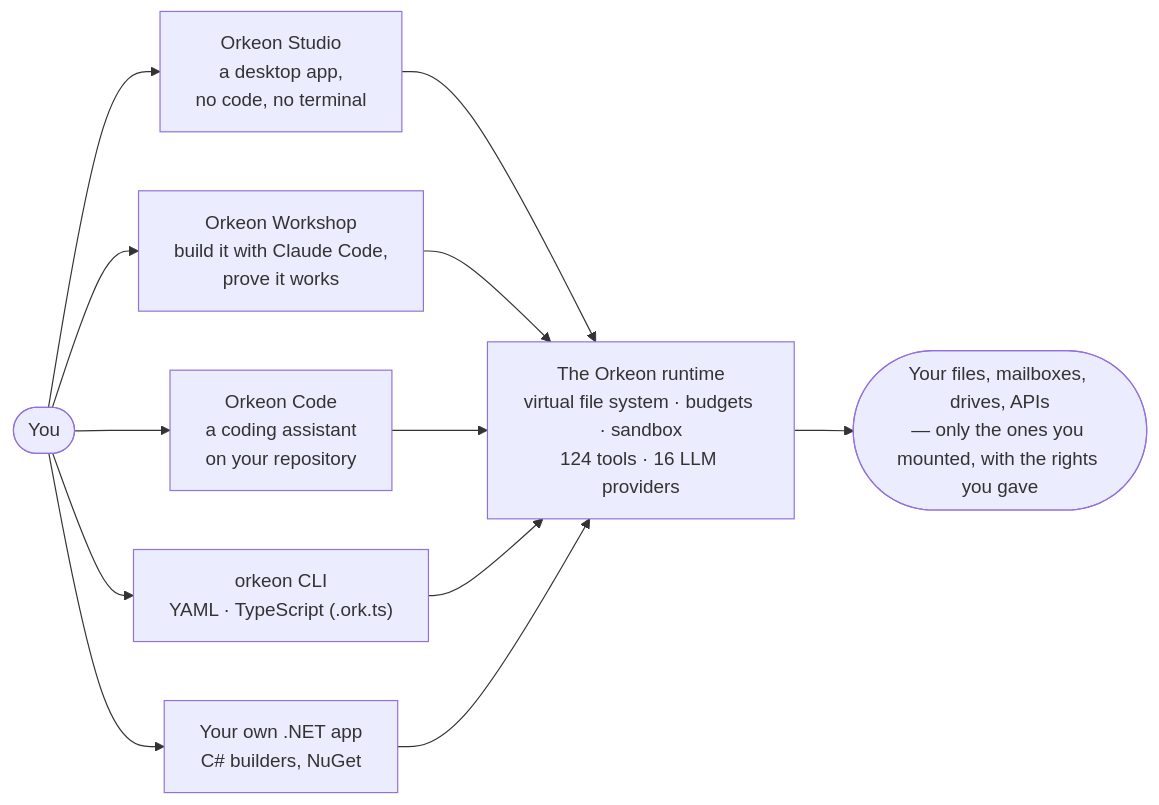
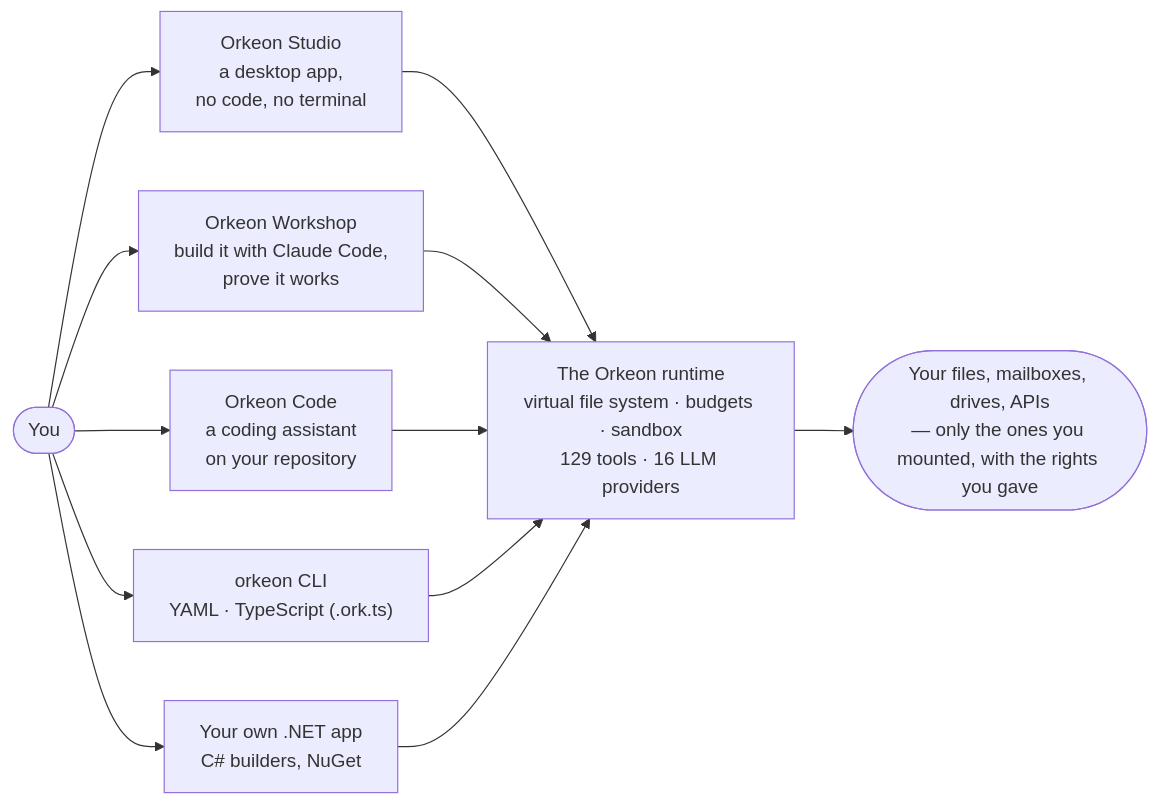
Before and after one commit to Orkeon/orkeon: the diagram in README.md, drawn with Mermaid. The commit also changed other lines of this file and 199 other files, not shown here.

````diff
--- a/README.md
+++ b/README.md
@@ -43,10 +43,10 @@
 ```mermaid
 flowchart LR
     you(["You"]) --> workshop["Orkeon Workshop<br/>build it with Claude Code,<br/>prove it works"]
     you --> studio["Orkeon Studio<br/>a desktop app,<br/>no code, no terminal"]
     you --> code["Orkeon Code<br/>a coding assistant<br/>on your repository"]
     you --> cli["orkeon CLI<br/>YAML · TypeScript (.ork.ts)"]
     you --> app["Your own .NET app<br/>C# builders, NuGet"]
-    studio & workshop & code & cli & app --> runtime["The Orkeon runtime<br/>virtual file system · budgets · sandbox<br/>124 tools · 16 LLM providers"]
+    studio & workshop & code & cli & app --> runtime["The Orkeon runtime<br/>virtual file system · budgets · sandbox<br/>129 tools · 16 LLM providers"]
     runtime --> world(["Your files, mailboxes, drives, APIs<br/>— only the ones you mounted, with the rights you gave"])
 ```
````
